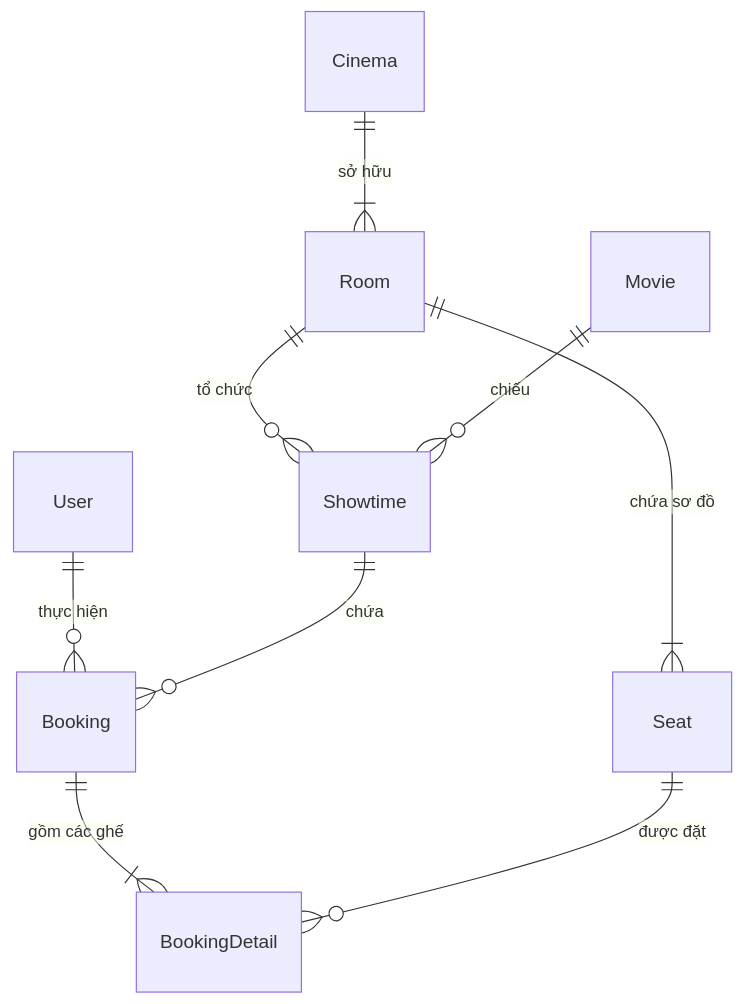
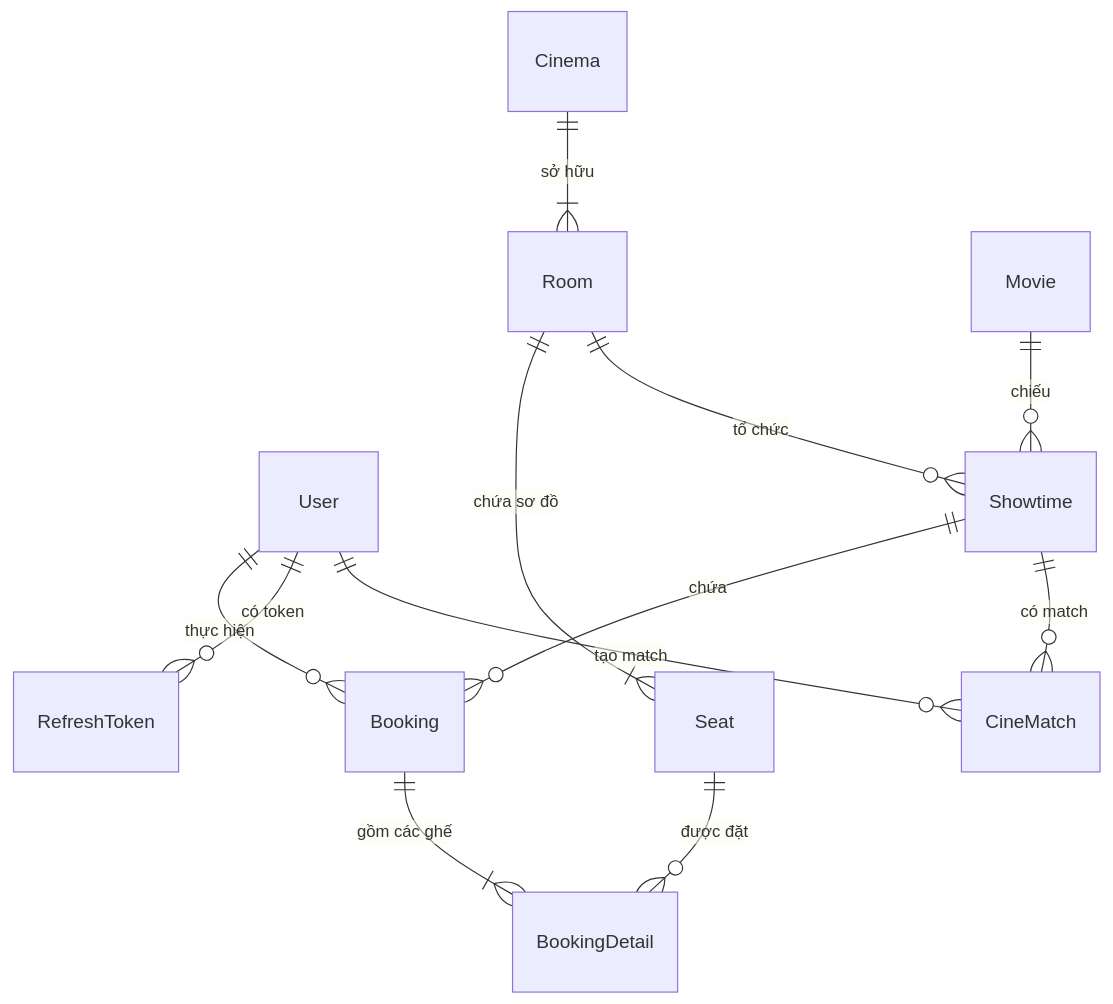
Before and after one commit to doctor-cato/web-application-development: the diagram in docs/backend.md, drawn with Mermaid. The commit also changed other lines of this file and 15 other files, not shown here.

````diff
--- a/docs/backend.md
+++ b/docs/backend.md
@@ -65,11 +89,14 @@
 ```mermaid
 erDiagram
     User ||--o{ Booking : "thực hiện"
+    User ||--o{ RefreshToken : "có token"
     Showtime ||--o{ Booking : "chứa"
     Booking ||--|{ BookingDetail : "gồm các ghế"
     Seat ||--o{ BookingDetail : "được đặt"
     Cinema ||--|{ Room : "sở hữu"
     Room ||--|{ Seat : "chứa sơ đồ"
     Room ||--o{ Showtime : "tổ chức"
     Movie ||--o{ Showtime : "chiếu"
+    User ||--o{ CineMatch : "tạo match"
+    Showtime ||--o{ CineMatch : "có match"
 ```
````
